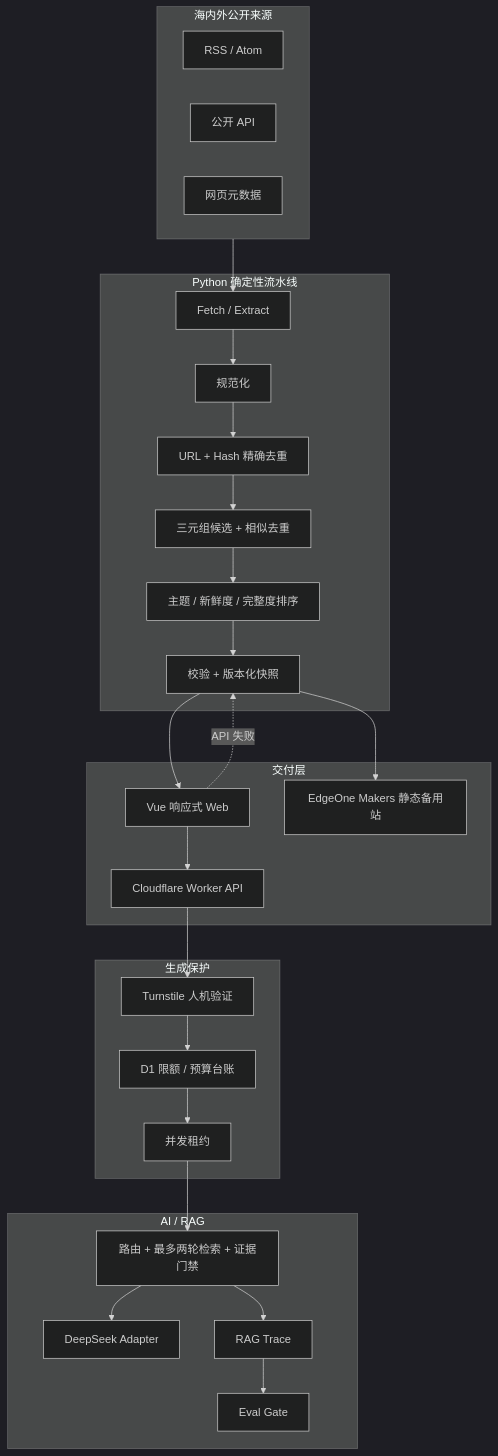
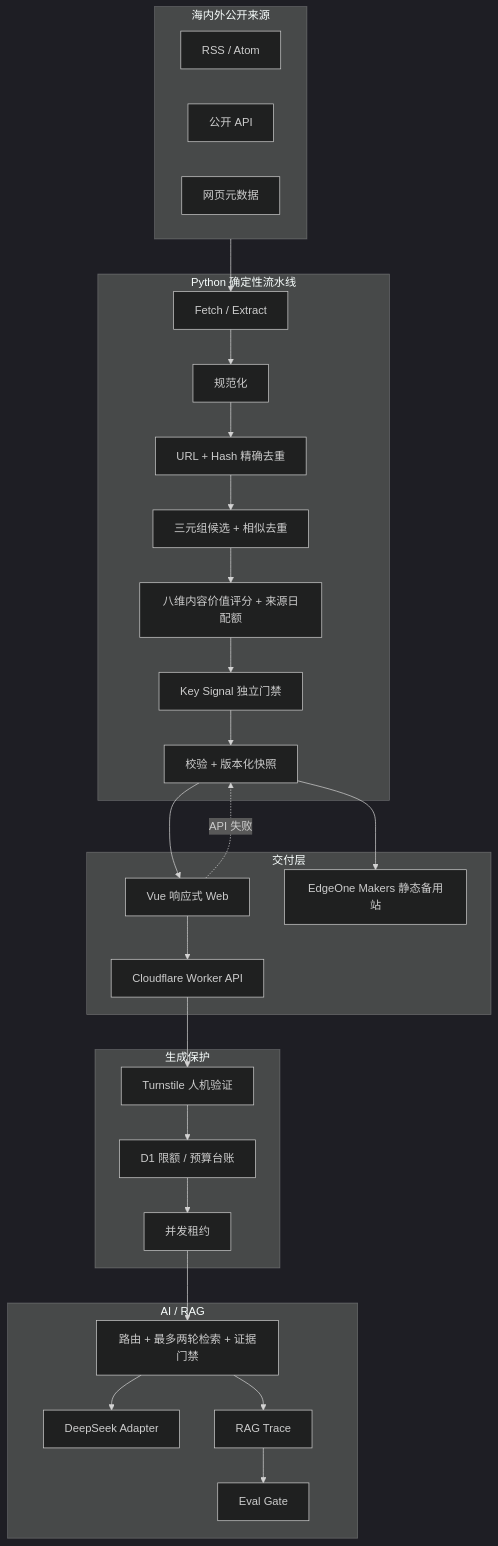
Before and after one commit to Dyj0926D/newseviday: the diagram in docs/工程架构说明.md, drawn with Mermaid (dark theme). The commit also changed other lines of this file and 21 other files, not shown here.

````diff
--- a/docs/工程架构说明.md
+++ b/docs/工程架构说明.md
@@ -13,44 +13,45 @@
 ```mermaid
 flowchart TB
     subgraph Sources["海内外公开来源"]
       RSS["RSS / Atom"]
       API["公开 API"]
       WEB["网页元数据"]
     end
 
     subgraph Offline["Python 确定性流水线"]
       Fetch["Fetch / Extract"]
       Norm["规范化"]
       Exact["URL + Hash 精确去重"]
       Fuzzy["三元组候选 + 相似去重"]
-      Select["主题 / 新鲜度 / 完整度排序"]
+      Select["八维内容价值评分 + 来源日配额"]
+      Key["Key Signal 独立门禁"]
       Snap["校验 + 版本化快照"]
     end
 
     subgraph Delivery["交付层"]
       Vue["Vue 响应式 Web"]
       Worker["Cloudflare Worker API"]
       Edge["EdgeOne Makers 静态备用站"]
     end
 
     subgraph AI["AI / RAG"]
       Adapter["DeepSeek Adapter"]
       Retrieve["路由 + 最多两轮检索 + 证据门禁"]
       Trace["RAG Trace"]
       Eval["Eval Gate"]
     end
 
     subgraph Guardrails["生成保护"]
       Turnstile["Turnstile 人机验证"]
       D1["D1 限额 / 预算台账"]
       Lease["并发租约"]
     end
 
-    Sources --> Fetch --> Norm --> Exact --> Fuzzy --> Select --> Snap
+    Sources --> Fetch --> Norm --> Exact --> Fuzzy --> Select --> Key --> Snap
     Snap --> Vue
     Vue --> Worker
     Vue -. "API 失败" .-> Snap
     Snap --> Edge
     Worker --> Turnstile --> D1 --> Lease --> Retrieve --> Adapter
     Retrieve --> Trace --> Eval
 ```
````
